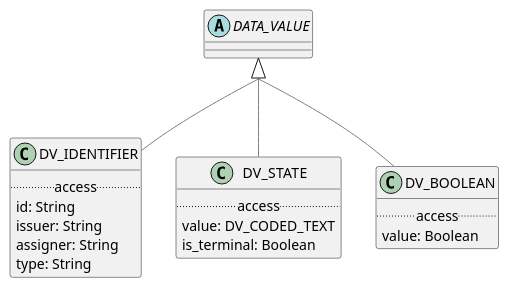
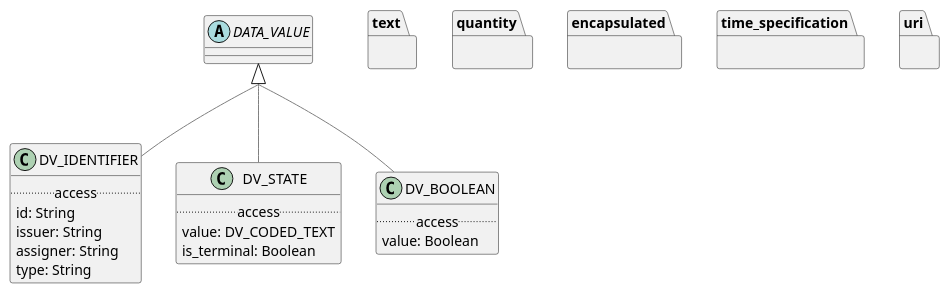
The diagram in modules/ROOT/examples/bmm/representation/data_types/data_types-package-uml.adoc (wolandscat/openehr-doc), drawn with PlantUML before and after one commit. The commit also changed 2355 other files, not shown here.

```diff
--- a/modules/ROOT/examples/bmm/representation/data_types/data_types-package-uml.adoc
+++ b/modules/ROOT/examples/bmm/representation/data_types/data_types-package-uml.adoc
@@ -3,38 +3,54 @@
-[plantuml,opts=interactive]
+[plantuml,opts=interactive,link=self]
 ....
 skinparam groupInheritance 2
 skinparam citedClassColor #FDFDFD
 
 
-abstract class DATA_VALUE [[/splashlang-doc/latest/representation/representation-data_types.html#_class_data_value]] {
+abstract class DATA_VALUE [[/openehr-doc/latest/representation/data_types-gen.html#_class_data_value]] {
 }
 
-class DV_IDENTIFIER [[/splashlang-doc/latest/representation/representation-data_types.html#_class_dv_identifier]] {
+
+class DV_IDENTIFIER [[/openehr-doc/latest/representation/data_types-gen.html#_class_dv_identifier]] {
         .. access ..
         id: String
         issuer: String
         assigner: String
         type: String
 }
 
-DATA_VALUE <|-[#gray]- DV_IDENTIFIER
+DV_IDENTIFIER -[#gray]up-|> DATA_VALUE  
 
 
-class DV_STATE [[/splashlang-doc/latest/representation/representation-data_types.html#_class_dv_state]] {
+class DV_STATE [[/openehr-doc/latest/representation/data_types-gen.html#_class_dv_state]] {
         .. access ..
         value: DV_CODED_TEXT
         is_terminal: Boolean
 }
 
-DATA_VALUE <|-[#gray]- DV_STATE
+DV_STATE -[#gray]up-|> DATA_VALUE  
 
 
-class DV_BOOLEAN [[/splashlang-doc/latest/representation/representation-data_types.html#_class_dv_boolean]] {
+class DV_BOOLEAN [[/openehr-doc/latest/representation/data_types-gen.html#_class_dv_boolean]] {
         .. access ..
         value: Boolean
 }
 
-DATA_VALUE <|-[#gray]- DV_BOOLEAN
+DV_BOOLEAN -[#gray]up-|> DATA_VALUE  
 
 
+package text {
+}
+
+package quantity {
+}
+
+package encapsulated {
+}
+
+package time_specification {
+}
+
+package uri {
+}
+
 ....
```
